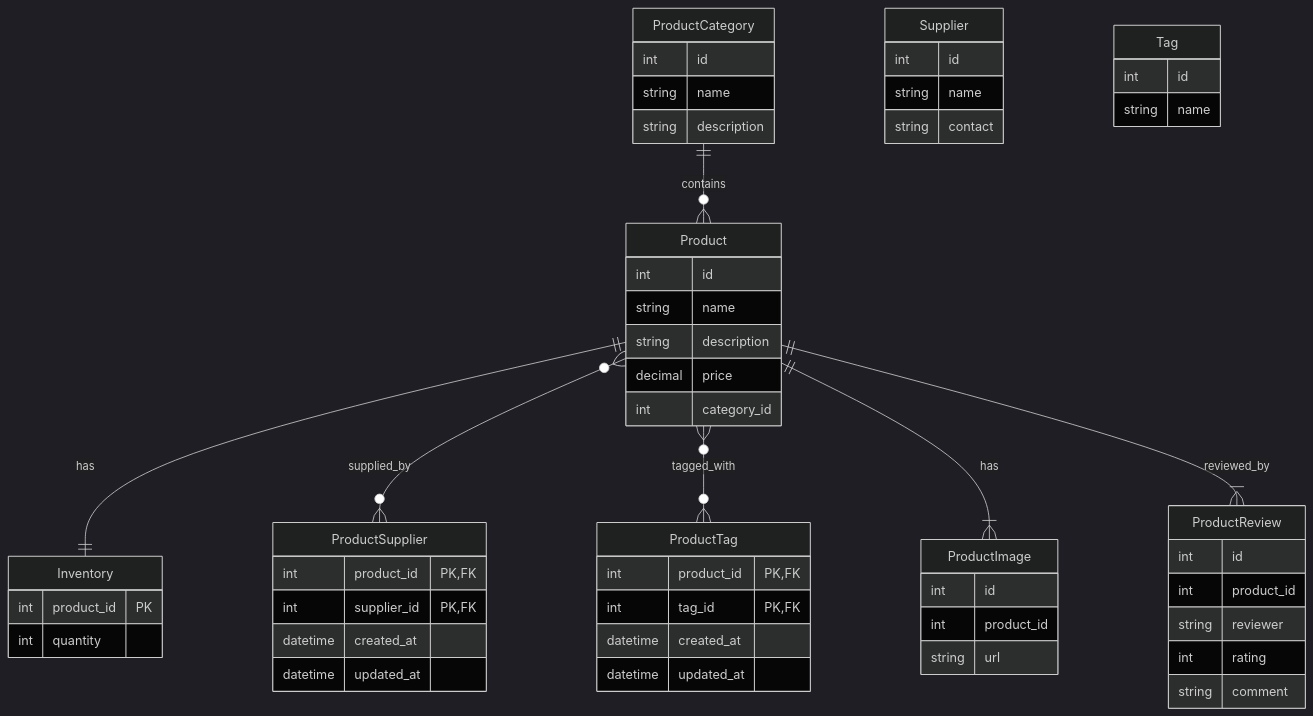
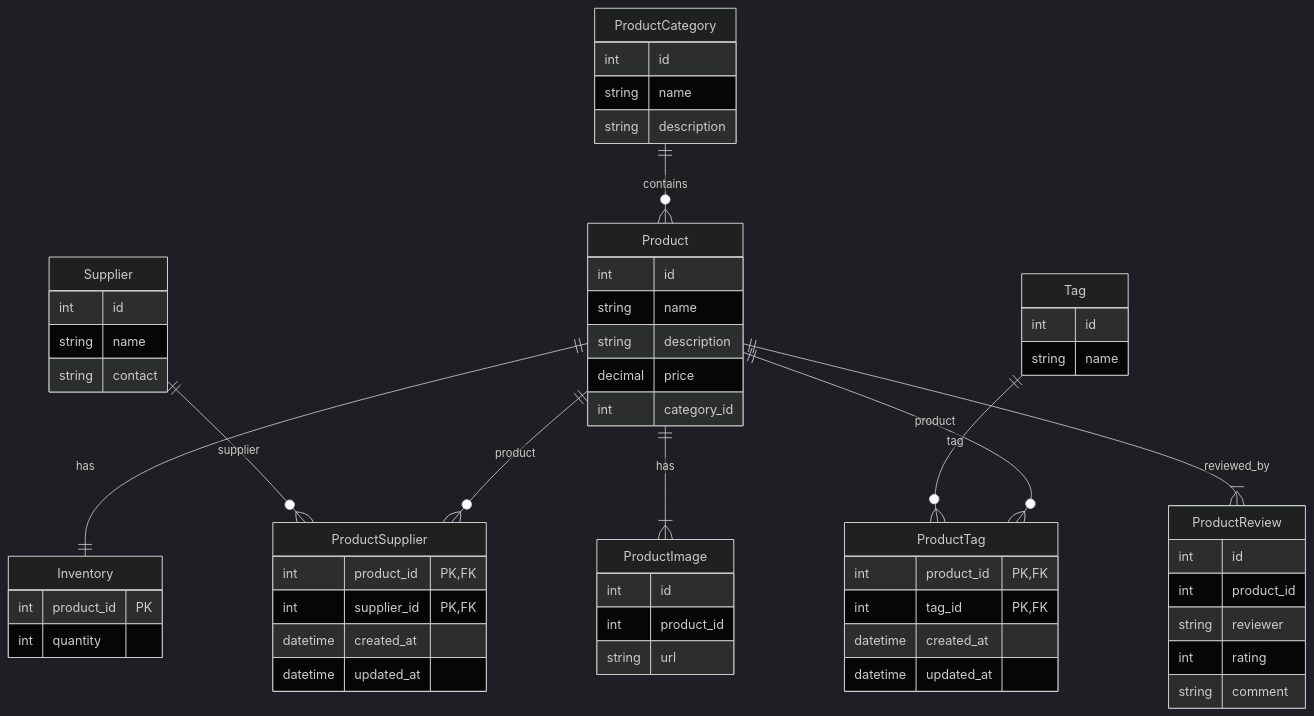
The diagram in README.md (amitrupanwar/spring-boot-rest-jpa-aop-logging), drawn with Mermaid (dark theme) before and after one commit. The commit also changed other lines of this file, not shown here.

Commit message:
ERD fix in doc

````diff
--- a/README.md
+++ b/README.md
@@ -58,58 +60,60 @@
 ```mermaid
 erDiagram
   ProductCategory ||--o{ Product : contains
   Product ||--|| Inventory : has
-  Product }o--o{ ProductSupplier : supplied_by
-  Product }o--o{ ProductTag : tagged_with
+  Product ||--o{ ProductSupplier : product
+  Supplier ||--o{ ProductSupplier : supplier
+  Product ||--o{ ProductTag : product
+  Tag ||--o{ ProductTag : tag
   Product ||--|{ ProductImage : has
   Product ||--|{ ProductReview : reviewed_by
   ProductCategory {
     int id
     string name
     string description
   }
   Product {
     int id
     string name
     string description
     decimal price
     int category_id
   }
   Inventory {
     int product_id PK
     int quantity
   }
   ProductSupplier {
     int product_id PK, FK
     int supplier_id PK, FK
     datetime created_at
     datetime updated_at
   }
   Supplier {
     int id
     string name
     string contact
   }
   ProductTag {
     int product_id PK, FK
     int tag_id PK, FK
     datetime created_at
     datetime updated_at
   }
   Tag {
     int id
     string name
   }
   ProductImage {
     int id
     int product_id
     string url
   }
   ProductReview {
     int id
     int product_id
     string reviewer
     int rating
     string comment
   }
 ```
````
